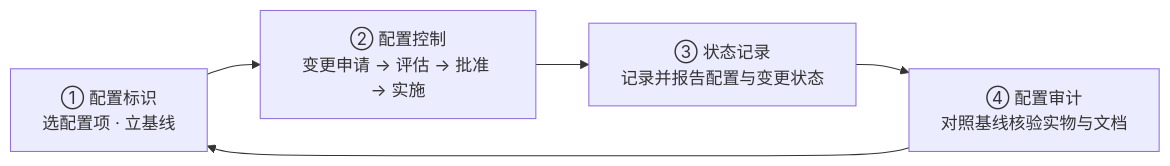
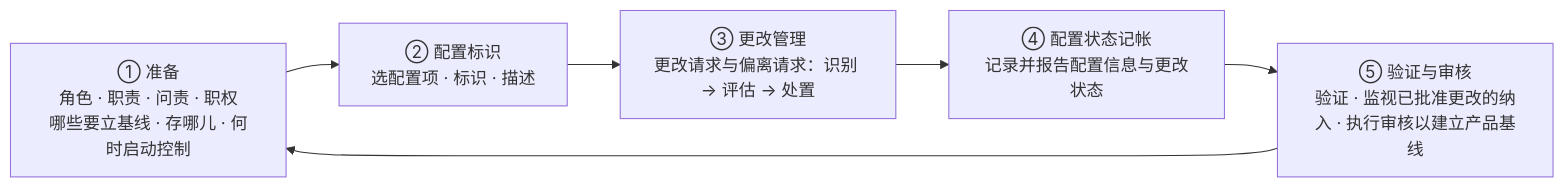
One commit to Yongjunzhou/AOS-system-design changed the eighth of 10 diagrams in 100-subprojects/01-系统工程研究/00-系统工程相关研究报告/04-配置管理概念研究报告-从配置定义到商业价值.md. Above: the diagram before and after it, drawn with Mermaid. The commit also changed other lines of this file and 10 other files, not shown here.

````diff
--- a/100-subprojects/01-系统工程研究/00-系统工程相关研究报告/04-配置管理概念研究报告-从配置定义到商业价值.md
+++ b/100-subprojects/01-系统工程研究/00-系统工程相关研究报告/04-配置管理概念研究报告-从配置定义到商业价值.md
@@ -380,7 +389,8 @@
 ```mermaid
 flowchart LR
-    A["① 配置标识<br/>选配置项 · 立基线"] --> B["② 配置控制<br/>变更申请 → 评估 → 批准 → 实施"]
-    B --> C["③ 状态记录<br/>记录并报告配置与变更状态"]
-    C --> D["④ 配置审计<br/>对照基线核验实物与文档"]
-    D --> A
+    A["① 准备<br/>角色 · 职责 · 问责 · 职权<br/>哪些要立基线 · 存哪儿 · 何时启动控制"] --> B["② 配置标识<br/>选配置项 · 标识 · 描述"]
+    B --> C["③ 更改管理<br/>更改请求与偏离请求：识别 → 评估 → 处置"]
+    C --> D["④ 配置状态记帐<br/>记录并报告配置信息与更改状态"]
+    D --> E["⑤ 验证与审核<br/>验证 · 监视已批准更改的纳入 · 执行审核以建立产品基线"]
+    E --> A
 ```
````
